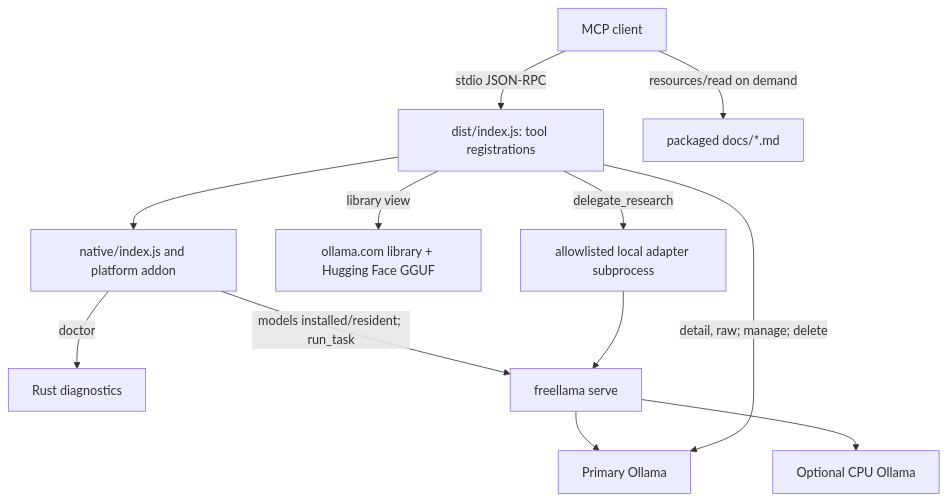
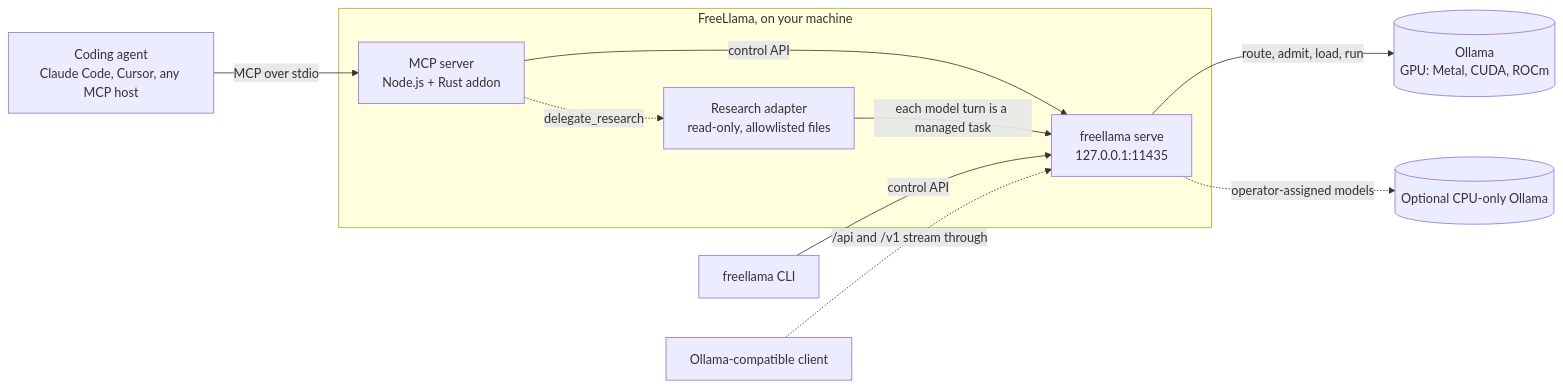
One commit to bgauryy/FreeLlama changed the first of 3 diagrams in packages/mcp/README.md. Above: the diagram before and after it, drawn with Mermaid. The commit also changed other lines of this file and 188 other files, not shown here.

````diff
--- a/packages/mcp/README.md
+++ b/packages/mcp/README.md
@@ -198,14 +13,22 @@
 ```mermaid
-flowchart TD
-    C["MCP client"] -->|"stdio JSON-RPC"| B["dist/index.js: tool registrations"]
-    B --> N["native/index.js and platform addon"]
-    N -->|"doctor"| L["Rust diagnostics"]
-    N -->|"models installed/resident; run_task"| S["freellama serve"]
-    S --> G["Primary Ollama"]
-    S --> U["Optional CPU Ollama"]
-    B -->|"detail, raw; manage; delete"| G
-    B -->|"library view"| W["ollama.com library + Hugging Face GGUF"]
-    B -->|"delegate_research"| A["allowlisted local adapter subprocess"]
-    A --> S
-    C -->|"resources/read on demand"| D["packaged docs/*.md"]
+flowchart LR
+    agent["Coding agent<br/>Claude Code, Cursor, any MCP host"]
+    cli["freellama CLI"]
+    raw["Ollama-compatible client"]
+    subgraph fl["FreeLlama, on your machine"]
+        mcp["MCP server<br/>Node.js + Rust addon"]
+        serve["freellama serve<br/>127.0.0.1:11435"]
+        research["Research adapter<br/>read-only, allowlisted files"]
+    end
+    gpu[("Ollama<br/>GPU: Metal, CUDA, ROCm")]
+    cpu[("Optional CPU-only Ollama")]
+
+    agent -->|"MCP over stdio"| mcp
+    mcp -->|"control API"| serve
+    cli -->|"control API"| serve
+    raw -.->|"/api and /v1 stream through"| serve
+    mcp -.->|"delegate_research"| research
+    research -->|"each model turn is a managed task"| serve
+    serve -->|"route, admit, load, run"| gpu
+    serve -.->|"operator-assigned models"| cpu
 ```
````
